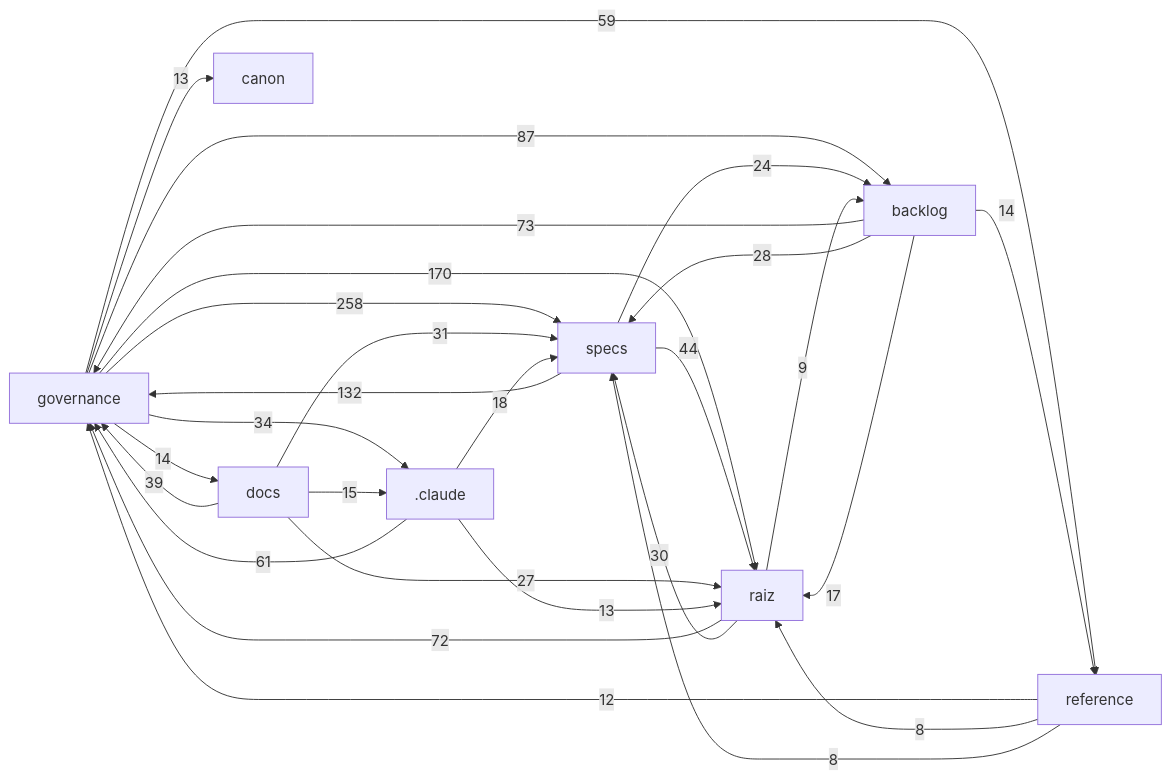
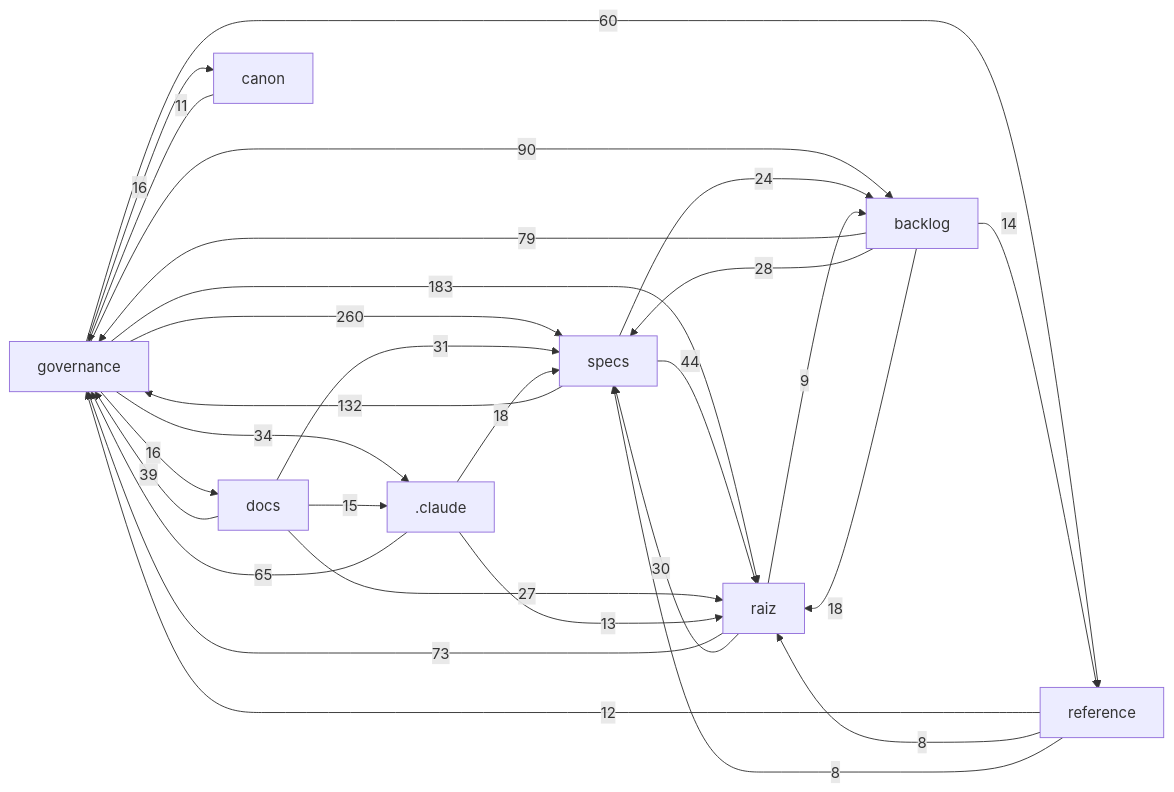
The diagram in docs/mapa/MAPA-PROJETO.md (Andraus35/Sistema-Operacional-de-Trading--SOT), drawn with Mermaid before and after one commit. The commit also changed other lines of this file and 20 other files, not shown here.

````diff
--- a/docs/mapa/MAPA-PROJETO.md
+++ b/docs/mapa/MAPA-PROJETO.md
@@ -30,30 +30,31 @@
 ```mermaid
 flowchart LR
-  governance["governance"] -->|258| specs["specs"]
-  governance["governance"] -->|170| raiz["raiz"]
+  governance["governance"] -->|260| specs["specs"]
+  governance["governance"] -->|183| raiz["raiz"]
   specs["specs"] -->|132| governance["governance"]
-  governance["governance"] -->|87| backlog["backlog"]
-  backlog["backlog"] -->|73| governance["governance"]
-  raiz["raiz"] -->|72| governance["governance"]
-  _claude[".claude"] -->|61| governance["governance"]
-  governance["governance"] -->|59| reference["reference"]
+  governance["governance"] -->|90| backlog["backlog"]
+  backlog["backlog"] -->|79| governance["governance"]
+  raiz["raiz"] -->|73| governance["governance"]
+  _claude[".claude"] -->|65| governance["governance"]
+  governance["governance"] -->|60| reference["reference"]
   specs["specs"] -->|44| raiz["raiz"]
   docs["docs"] -->|39| governance["governance"]
   governance["governance"] -->|34| _claude[".claude"]
   docs["docs"] -->|31| specs["specs"]
   raiz["raiz"] -->|30| specs["specs"]
   backlog["backlog"] -->|28| specs["specs"]
   docs["docs"] -->|27| raiz["raiz"]
   specs["specs"] -->|24| backlog["backlog"]
   _claude[".claude"] -->|18| specs["specs"]
-  backlog["backlog"] -->|17| raiz["raiz"]
+  backlog["backlog"] -->|18| raiz["raiz"]
+  governance["governance"] -->|16| docs["docs"]
+  governance["governance"] -->|16| canon["canon"]
   docs["docs"] -->|15| _claude[".claude"]
   backlog["backlog"] -->|14| reference["reference"]
-  governance["governance"] -->|14| docs["docs"]
   _claude[".claude"] -->|13| raiz["raiz"]
-  governance["governance"] -->|13| canon["canon"]
   reference["reference"] -->|12| governance["governance"]
+  canon["canon"] -->|11| governance["governance"]
   raiz["raiz"] -->|9| backlog["backlog"]
   reference["reference"] -->|8| raiz["raiz"]
   reference["reference"] -->|8| specs["specs"]
 ```
````
